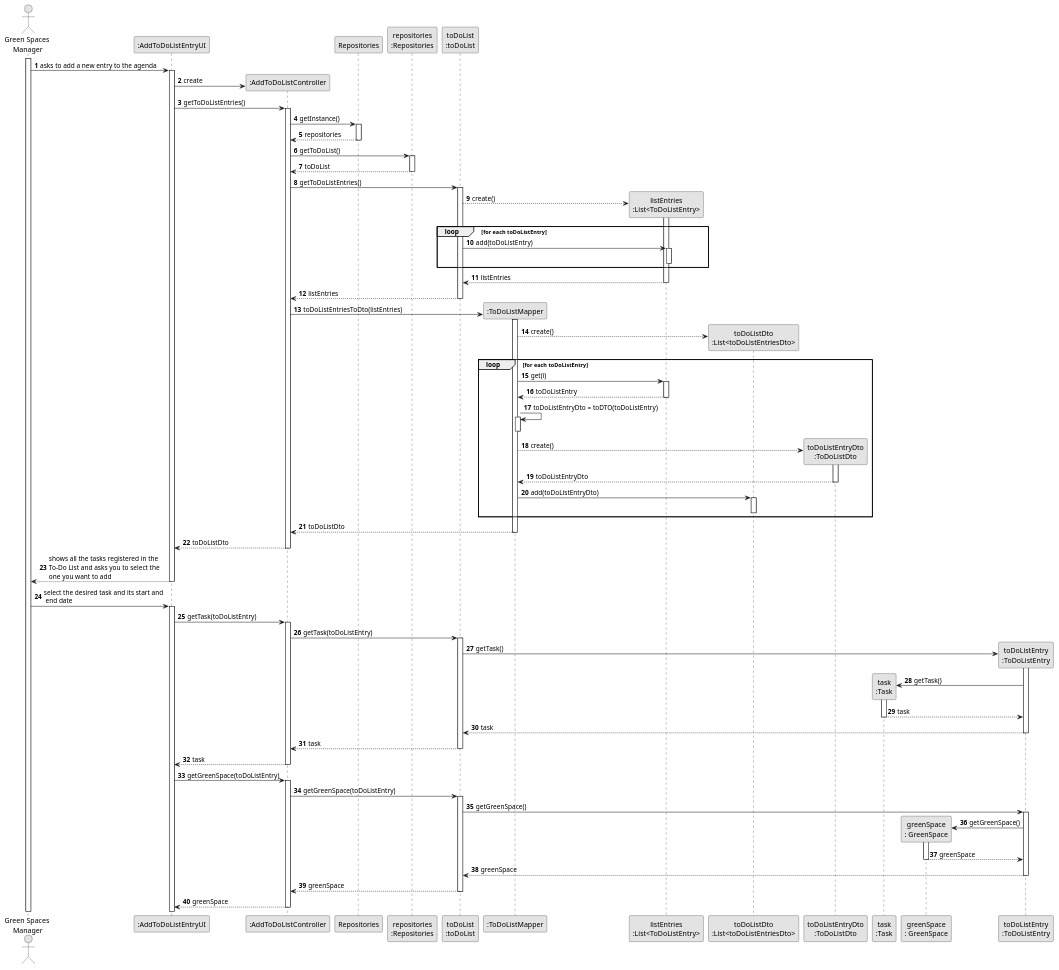
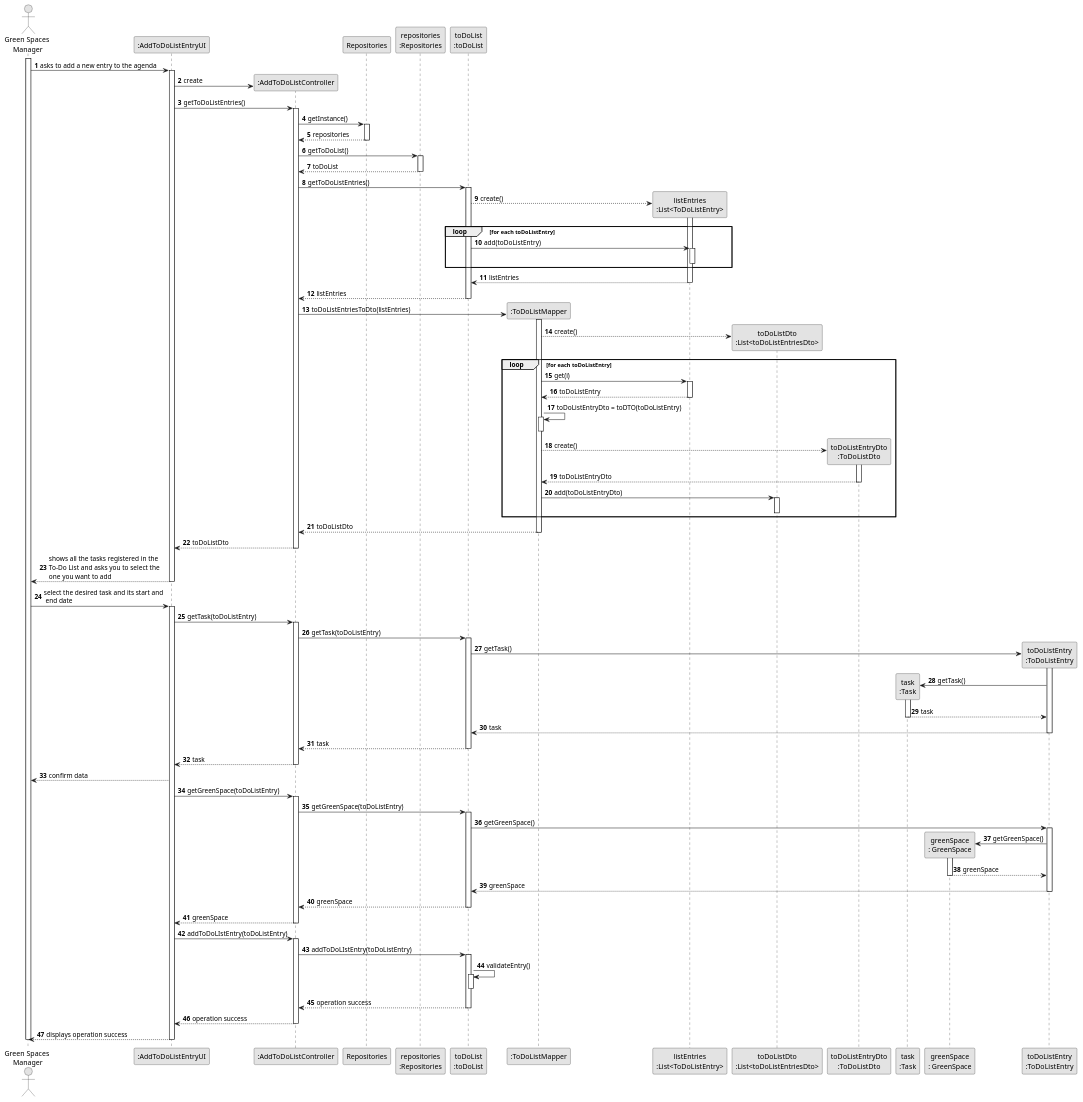
Before and after one commit to diogoveirospro/lei-24-s2-1dg-g072: the diagram in docs/sprintC/us021/03.design/puml/us021-sequence-diagram-full.puml, drawn with PlantUML. The commit also changed 12 other files, not shown here.

```diff
--- a/docs/sprintC/us021/03.design/puml/us021-sequence-diagram-full.puml
+++ b/docs/sprintC/us021/03.design/puml/us021-sequence-diagram-full.puml
@@ -1,156 +1,180 @@
 @startuml
 skinparam monochrome true
 skinparam packageStyle rectangle
 skinparam shadowing false
 
 autonumber
 
 'hide footbox
 actor "Green Spaces\n Manager" as GSM
 participant ":AddToDoListEntryUI" as UI
 participant ":AddToDoListController" as CTRL
 participant Repositories
 participant "repositories\n:Repositories" as REP
 participant "toDoList\n:toDoList" as TODOLIST
 participant "agenda\n:ToDoList" as TODOLIST
 participant ":ToDoListMapper" as TODOLISTMAPPER
 participant "listEntries\n:List<ToDoListEntry>" as LISTENTRIES
 participant "toDoListDto\n:List<toDoListEntriesDto>" as TODOLISTDTO
 participant "toDoListEntryDto\n:ToDoListDto" as TODOLISTENTRYDTO
 participant "toDoListEntry\n:ToDoListEntry" as TODOLISTENTRY
 participant "task\n:Task" as TASK
 participant "greenSpace\n: GreenSpace" as GREENSPACE
 participant "agendaEntry\n:ToDoListEntry" as TODOLISTENTRY
 
 activate GSM
 
     GSM -> UI : asks to add a new entry to the agenda
     activate UI
 
         UI -> CTRL** : create
 
         UI -> CTRL : getToDoListEntries()
         activate CTRL
 
            CTRL -> Repositories: getInstance()
            activate Repositories
 
                 Repositories --> CTRL: repositories
            deactivate Repositories
 
            CTRL -> REP: getToDoList()
            activate REP
 
                 REP --> CTRL: toDoList
            deactivate REP
 
             CTRL -> TODOLIST : getToDoListEntries()
             activate TODOLIST
 
                     TODOLIST --> LISTENTRIES** : create()
                     activate LISTENTRIES
 
                         loop for each toDoListEntry
                             TODOLIST -> LISTENTRIES : add(toDoListEntry)
                             activate LISTENTRIES
                             deactivate LISTENTRIES
                         end
 
                         LISTENTRIES --> TODOLIST : listEntries
                     deactivate LISTENTRIES
 
 
                 TODOLIST --> CTRL : listEntries
             deactivate TODOLIST
 
             CTRL -> TODOLISTMAPPER** : toDoListEntriesToDto(listEntries)
             activate TODOLISTMAPPER
 
                 TODOLISTMAPPER --> TODOLISTDTO** : create()
 
                 loop for each toDoListEntry
                     TODOLISTMAPPER -> LISTENTRIES : get(i)
                     activate LISTENTRIES
 
                     LISTENTRIES --> TODOLISTMAPPER : toDoListEntry
                     deactivate LISTENTRIES
 
                     TODOLISTMAPPER -> TODOLISTMAPPER : toDoListEntryDto = toDTO(toDoListEntry)
                     activate TODOLISTMAPPER
                     deactivate TODOLISTMAPPER
 
                     TODOLISTMAPPER --> TODOLISTENTRYDTO** : create()
                     activate TODOLISTENTRYDTO
 
                     TODOLISTENTRYDTO --> TODOLISTMAPPER : toDoListEntryDto
                     deactivate TODOLISTENTRYDTO
 
                     TODOLISTMAPPER -> TODOLISTDTO : add(toDoListEntryDto)
                     activate TODOLISTDTO
                     deactivate TODOLISTDTO
 
                 end
 
                 TODOLISTMAPPER --> CTRL : toDoListDto
             deactivate TODOLISTMAPPER
 
             CTRL --> UI : toDoListDto
         deactivate CTRL
 
         UI --> GSM: shows all the tasks registered in the \nTo-Do List and asks you to select the \none you want to add
     deactivate UI
 
     GSM -> UI: select the desired task and its start and\n end date
     activate UI
 
         UI -> CTRL : getTask(toDoListEntry)
         activate CTRL
 
             CTRL -> TODOLIST : getTask(toDoListEntry)
             activate TODOLIST
 
                 TODOLIST -> TODOLISTENTRY** : getTask()
                 activate TODOLISTENTRY
 
                     TODOLISTENTRY -> TASK** : getTask()
                     activate TASK
 
                         TASK --> TODOLISTENTRY : task
                     deactivate TASK
 
                     TODOLISTENTRY --> TODOLIST : task
                 deactivate TODOLISTENTRY
 
                 TODOLIST --> CTRL : task
             deactivate TODOLIST
 
             CTRL --> UI : task
         deactivate CTRL
 
-        UI -> CTRL : getGreenSpace(toDoListEntry)
+        UI --> GSM: confirm data
+
+         UI -> CTRL : getGreenSpace(toDoListEntry)
+                activate CTRL
+
+                    CTRL -> TODOLIST : getGreenSpace(toDoListEntry)
+                    activate TODOLIST
+
+                        TODOLIST -> TODOLISTENTRY : getGreenSpace()
+                        activate TODOLISTENTRY
+
+                            TODOLISTENTRY -> GREENSPACE** : getGreenSpace()
+                            activate GREENSPACE
+
+                                GREENSPACE --> TODOLISTENTRY : greenSpace
+                            deactivate GREENSPACE
+
+                            TODOLISTENTRY --> TODOLIST : greenSpace
+                        deactivate TODOLISTENTRY
+
+                        TODOLIST --> CTRL : greenSpace
+                    deactivate TODOLIST
+
+                    CTRL --> UI : greenSpace
+                deactivate CTRL
+
+        UI -> CTRL : addToDoLIstEntry(toDoListEntry)
         activate CTRL
 
-            CTRL -> TODOLIST : getGreenSpace(toDoListEntry)
+            CTRL -> TODOLIST : addToDoLIstEntry(toDoListEntry)
             activate TODOLIST
 
-                TODOLIST -> TODOLISTENTRY : getGreenSpace()
-                activate TODOLISTENTRY
+            TODOLIST -> TODOLIST : validateEntry()
+            activate TODOLIST
 
-                    TODOLISTENTRY -> GREENSPACE** : getGreenSpace()
-                    activate GREENSPACE
-
-                        GREENSPACE --> TODOLISTENTRY : greenSpace
-                    deactivate GREENSPACE
-
-                    TODOLISTENTRY --> TODOLIST : greenSpace
-                deactivate TODOLISTENTRY
-
-                TODOLIST --> CTRL : greenSpace
             deactivate TODOLIST
 
-            CTRL --> UI : greenSpace
+            TODOLIST --> CTRL : operation success
+            deactivate TODOLIST
+
+            CTRL --> UI : operation success
         deactivate CTRL
+
+        UI --> GSM: displays operation success
+    deactivate UI
+
+deactivate GSM
 
 
 
 @enduml
```
